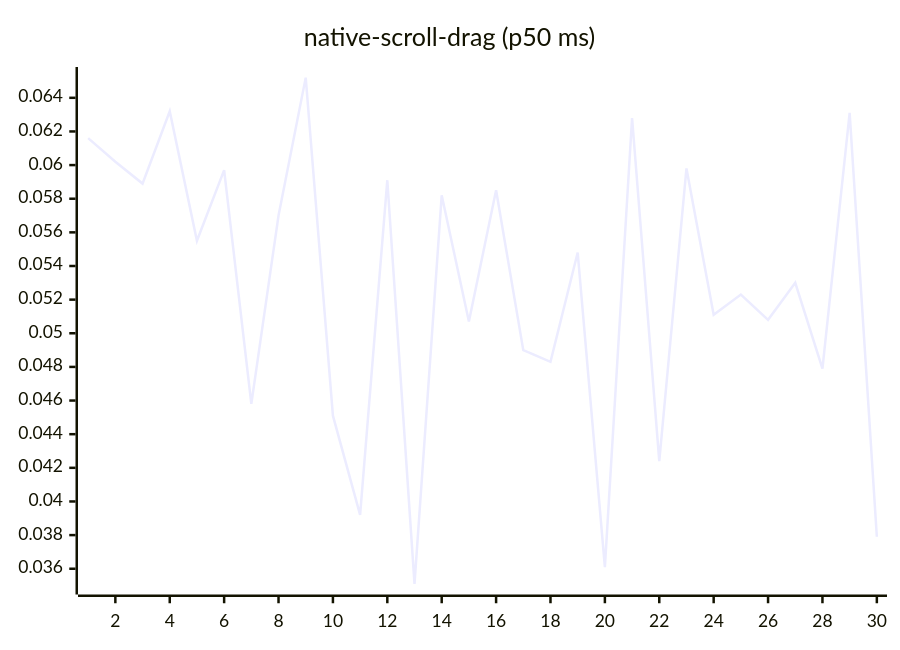
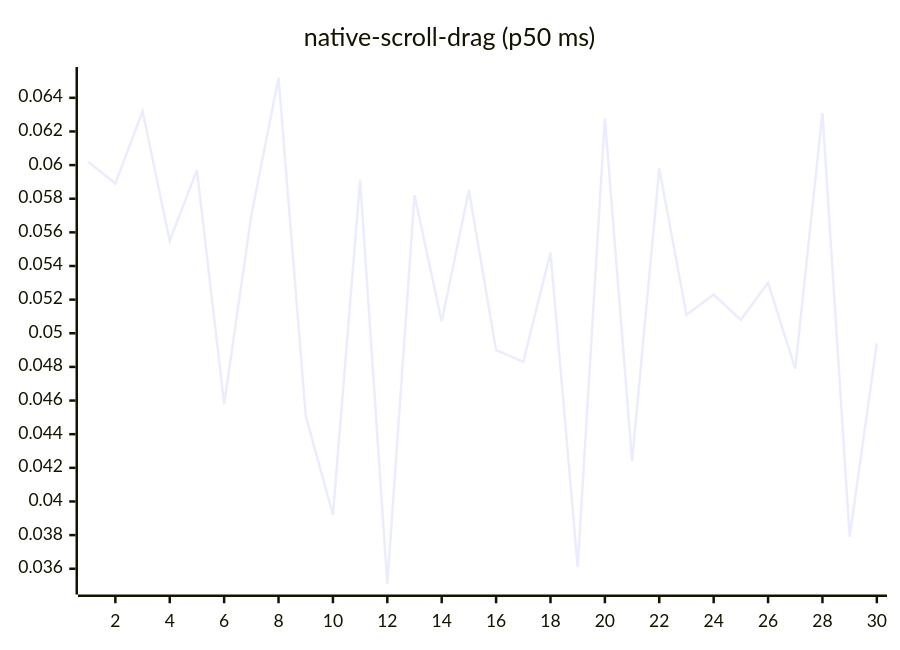
Diagram 14 of 27 in README.md (josha/Facet), drawn with Mermaid before and after one commit. The commit also changed other lines of this file and 2 other files, not shown here.

````diff
--- a/README.md
+++ b/README.md
@@ -154,6 +154,6 @@
 ```mermaid
 xychart-beta
     title "native-scroll-drag (p50 ms)"
     x-axis 1 --> 30
-    line [0.0616, 0.0602, 0.0589, 0.0632, 0.0555, 0.0597, 0.0458, 0.0570, 0.0652, 0.0451, 0.0392, 0.0591, 0.0351, 0.0582, 0.0507, 0.0585, 0.0490, 0.0483, 0.0548, 0.0361, 0.0628, 0.0424, 0.0598, 0.0511, 0.0523, 0.0508, 0.0530, 0.0479, 0.0631, 0.0379]
+    line [0.0602, 0.0589, 0.0632, 0.0555, 0.0597, 0.0458, 0.0570, 0.0652, 0.0451, 0.0392, 0.0591, 0.0351, 0.0582, 0.0507, 0.0585, 0.0490, 0.0483, 0.0548, 0.0361, 0.0628, 0.0424, 0.0598, 0.0511, 0.0523, 0.0508, 0.0530, 0.0479, 0.0631, 0.0379, 0.0494]
 ```
````
